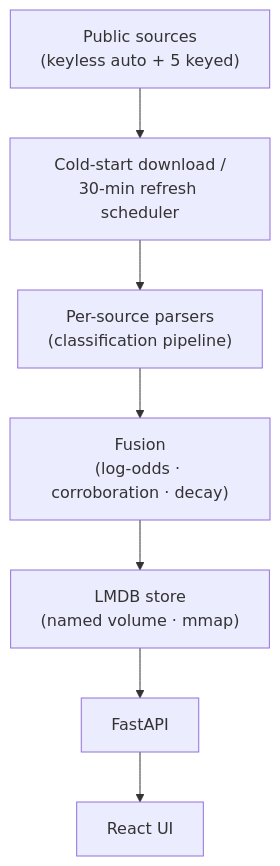
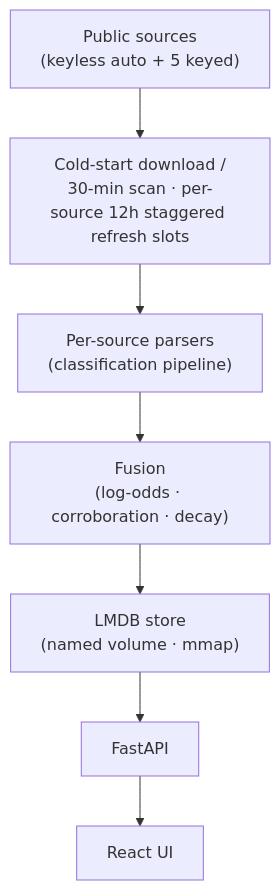
Before and after one commit to steponeerror/ip-radar: the diagram in README.md, drawn with Mermaid. The commit also changed 3 other files, not shown here.

Commit message:
docs(readme/glossary): scheduler diagram matches reality — 30-min scan + per-source 12h staggered slots (C-F6); conf=r gains applicability clause, lineage roster 5→6 with otx_subscribed (R1-F4/T1 absorption), new benign two-layer entry (A2 leftover)

````diff
--- a/README.md
+++ b/README.md
@@ -98,9 +98,9 @@
 ```mermaid
 flowchart TD
-    A["Public sources<br/>(keyless auto + 5 keyed)"] --> B["Cold-start download /<br/>30-min refresh scheduler"]
+    A["Public sources<br/>(keyless auto + 5 keyed)"] --> B["Cold-start download /<br/>30-min scan · per-source 12h staggered refresh slots"]
     B --> C["Per-source parsers<br/>(classification pipeline)"]
     C --> D["Fusion<br/>(log-odds · corroboration · decay)"]
     D --> E["LMDB store<br/>(named volume · mmap)"]
     E --> F["FastAPI"]
     F --> G["React UI"]
 ```
````
